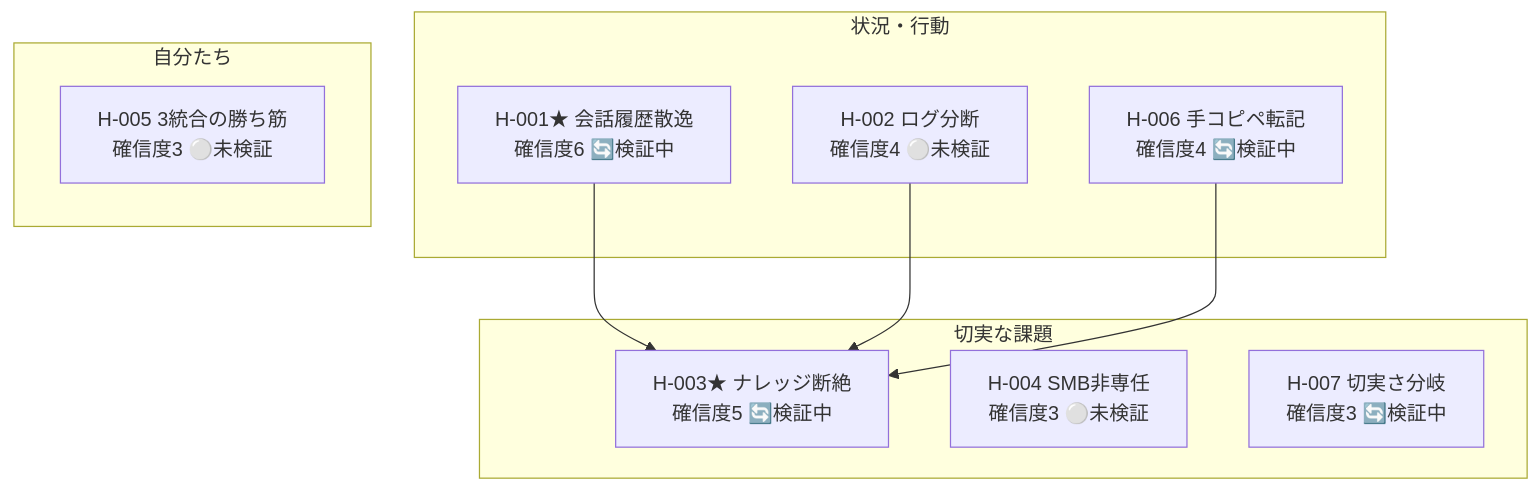
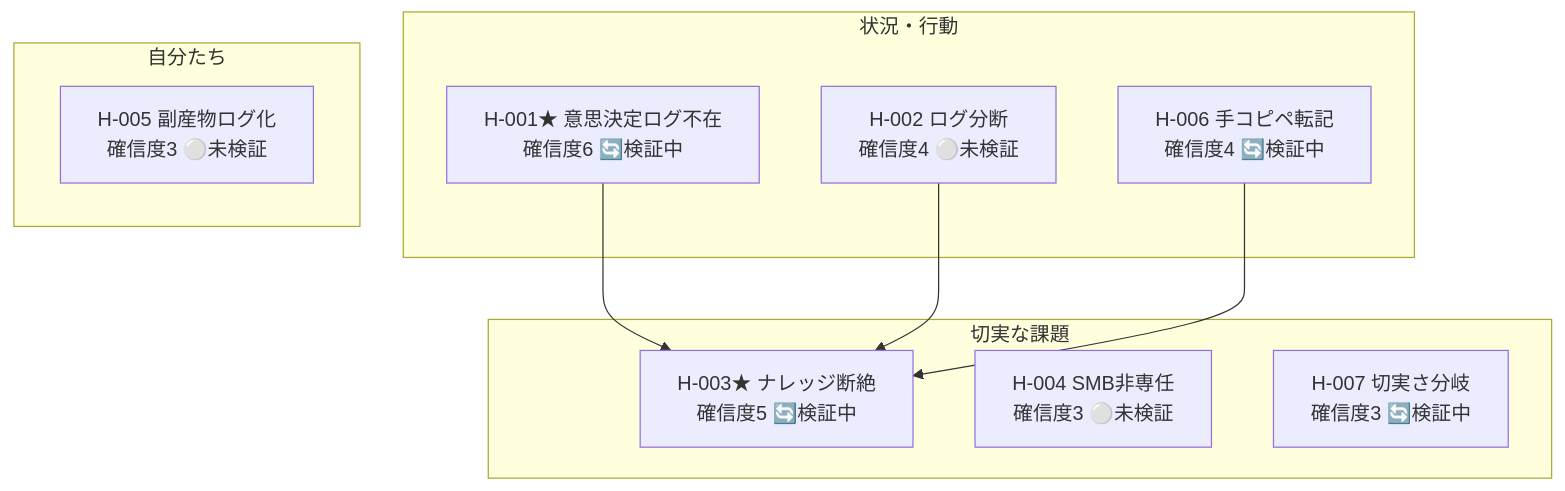
Before and after one commit to haru01/hypothesis-wiki: the diagram in projects/agent-platform/wiki/views/hypotheses-list.md, drawn with Mermaid. The commit also changed other lines of this file and 5 other files, not shown here.

````diff
--- a/projects/agent-platform/wiki/views/hypotheses-list.md
+++ b/projects/agent-platform/wiki/views/hypotheses-list.md
@@ -10,19 +10,19 @@
 ```mermaid
 flowchart TB
     subgraph beh["状況・行動"]
-      AGP_H_001["H-001★ 会話履歴散逸<br/>確信度6 🔄検証中"]
+      AGP_H_001["H-001★ 意思決定ログ不在<br/>確信度6 🔄検証中"]
       AGP_H_002["H-002 ログ分断<br/>確信度4 ⚪未検証"]
       AGP_H_006["H-006 手コピペ転記<br/>確信度4 🔄検証中"]
     end
     subgraph prob["切実な課題"]
       AGP_H_003["H-003★ ナレッジ断絶<br/>確信度5 🔄検証中"]
       AGP_H_004["H-004 SMB非専任<br/>確信度3 ⚪未検証"]
       AGP_H_007["H-007 切実さ分岐<br/>確信度3 🔄検証中"]
     end
     subgraph team["自分たち"]
-      AGP_H_005["H-005 3統合の勝ち筋<br/>確信度3 ⚪未検証"]
+      AGP_H_005["H-005 副産物ログ化<br/>確信度3 ⚪未検証"]
     end
     AGP_H_001 --> AGP_H_003
     AGP_H_002 --> AGP_H_003
     AGP_H_006 --> AGP_H_003
 ```
````
